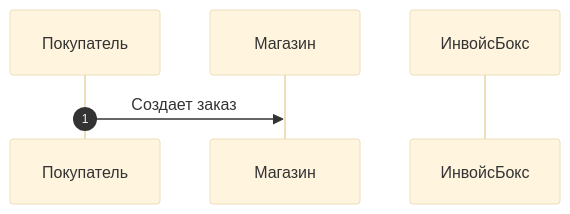
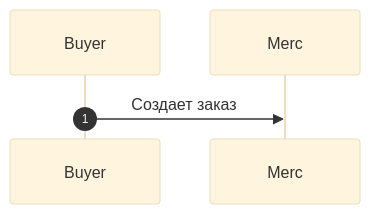
One commit to YIGRIKY/invoicebox-docs changed the diagram in docs/schema.md. Above: the diagram before and after it, drawn with Mermaid (base theme). The commit also changed other lines of this file and 3 other files, not shown here.

```diff
--- a/docs/schema.md
+++ b/docs/schema.md
@@ -31,9 +31,6 @@
 <div class="mermaid">
 sequenceDiagram
     autonumber
-    participant Покупатель
-    participant Магазин
-    participant ИнвойсБокс 
-    Покупатель->>Магазин: Создает заказ
+    Buyer->>Merc: Создает заказ
 
 </div>
```
